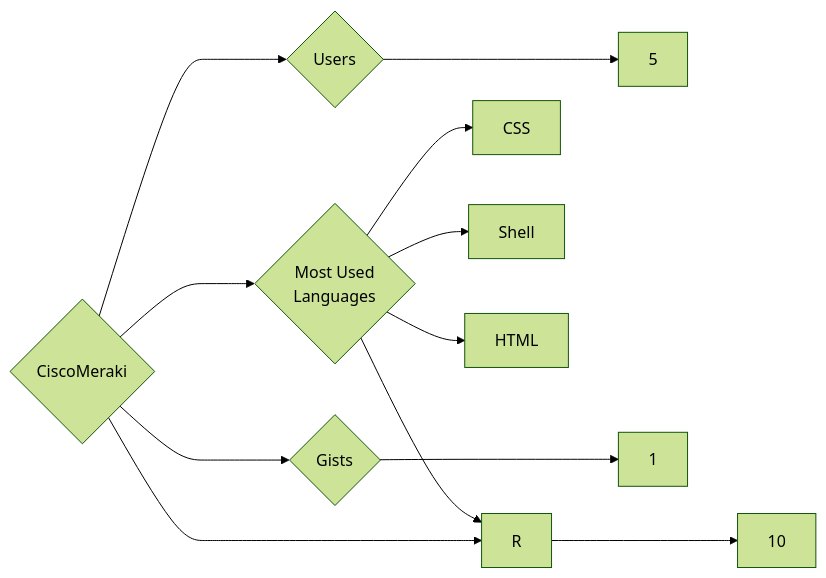
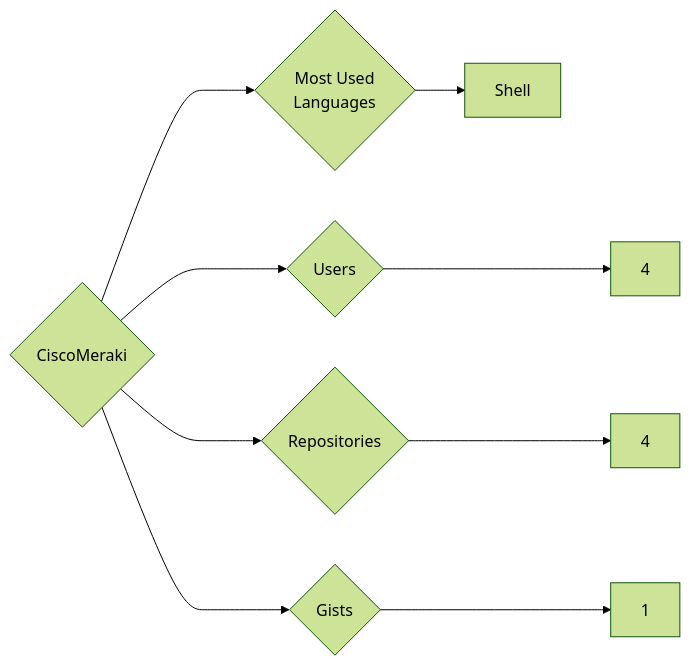
One commit to trickest/insiders changed the diagram in targets/CiscoMeraki/README.md. Above: the diagram before and after it, drawn with Mermaid (forest theme). The commit also changed 1141 other files, not shown here.

````diff
--- a/targets/CiscoMeraki/README.md
+++ b/targets/CiscoMeraki/README.md
@@ -3,12 +3,9 @@
 ```mermaid
 graph LR
 COMPANY_NAME{CiscoMeraki}
-COMPANY_NAME ---> U{Users} ---> UN[5]
-COMPANY_NAME ---> R{Repositories} ---> RN[10]
+COMPANY_NAME ---> U{Users} ---> UN[4]
+COMPANY_NAME ---> R{Repositories} ---> RN[4]
 COMPANY_NAME ---> G{Gists} ---> GN[1]
 COMPANY_NAME ---> ML{Most Used<br>Languages}
-ML --> CSS[CSS]
 ML --> Shell[Shell]
-ML --> R[R]
-ML --> HTML[HTML]
 ```
````
